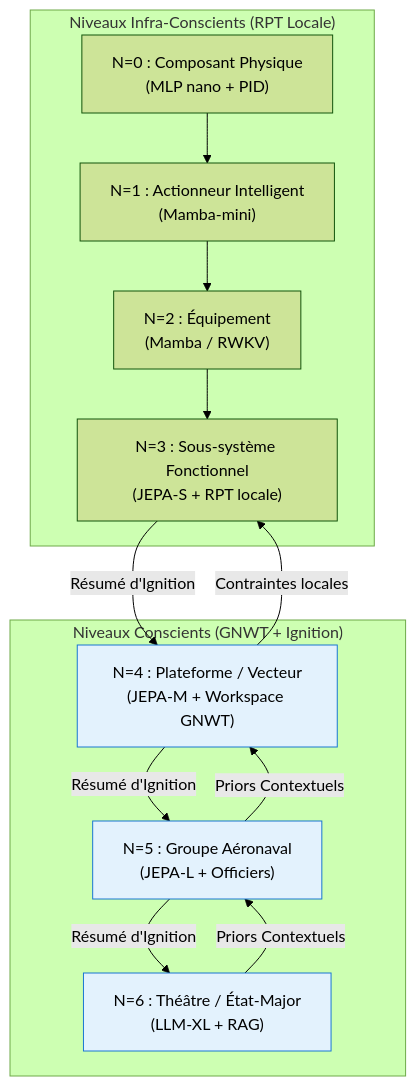
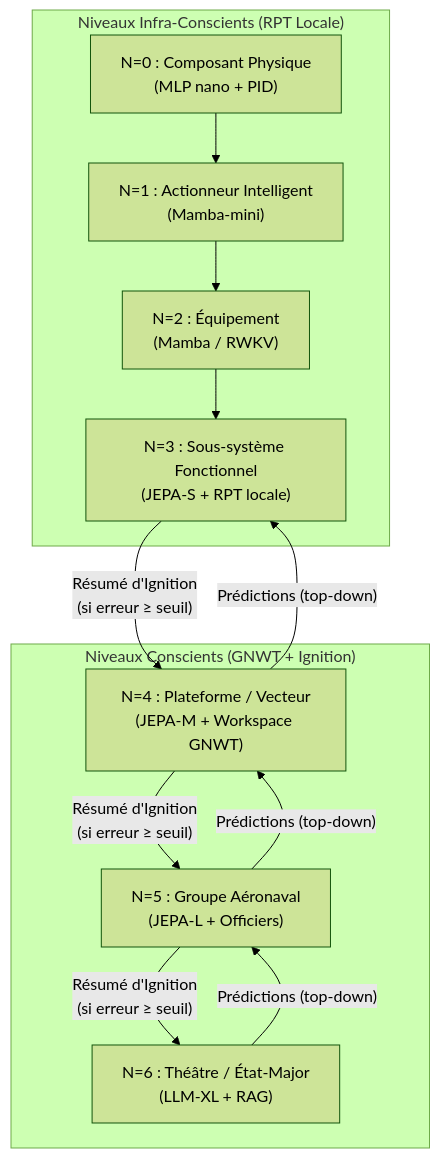
The third of 10 diagrams in architecture/architecture.md (AlainCo/GNWT-Garrigue-X), drawn with Mermaid (forest theme) before and after one commit. The commit also changed other lines of this file and 1 other file, not shown here.

````diff
--- a/architecture/architecture.md
+++ b/architecture/architecture.md
@@ -20,27 +31,24 @@
 ```mermaid
 flowchart TD
     subgraph N0to3 ["Niveaux Infra-Conscients (RPT Locale)"]
         N0["N=0 : Composant Physique\n(MLP nano + PID)"] 
         N1["N=1 : Actionneur Intelligent\n(Mamba-mini)"]
         N2["N=2 : Équipement\n(Mamba / RWKV)"]
         N3["N=3 : Sous-système Fonctionnel\n(JEPA-S + RPT locale)"]
     end
 
     subgraph N4to6 ["Niveaux Conscients (GNWT + Ignition)"]
         N4["N=4 : Plateforme / Vecteur\n(JEPA-M + Workspace GNWT)"]
         N5["N=5 : Groupe Aéronaval\n(JEPA-L + Officiers)"]
         N6["N=6 : Théâtre / État-Major\n(LLM-XL + RAG)"]
     end
 
     N0 --> N1 --> N2 --> N3
-    N3 -->|"Résumé d'Ignition"| N4
-    N4 -->|"Résumé d'Ignition"| N5
-    N5 -->|"Résumé d'Ignition"| N6
+    N3 -->|"Résumé d'Ignition\n(si erreur ≥ seuil)"| N4
+    N4 -->|"Résumé d'Ignition\n(si erreur ≥ seuil)"| N5
+    N5 -->|"Résumé d'Ignition\n(si erreur ≥ seuil)"| N6
 
-    N6 -->|"Priors Contextuels"| N5
-    N5 -->|"Priors Contextuels"| N4
-    N4 -->|"Contraintes locales"| N3
-
-    classDef conscious fill:#e3f2fd,stroke:#1976d2
-    class N4,N5,N6 conscious
+    N6 -->|"Prédictions (top‑down)"| N5
+    N5 -->|"Prédictions (top‑down)"| N4
+    N4 -->|"Prédictions (top‑down)"| N3
 ```
````
